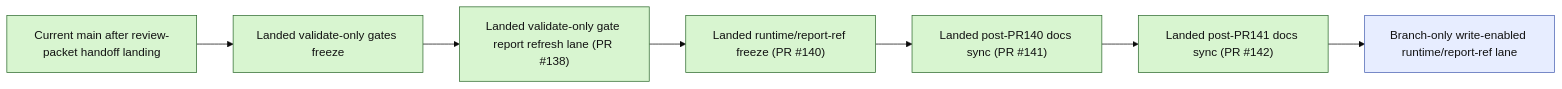
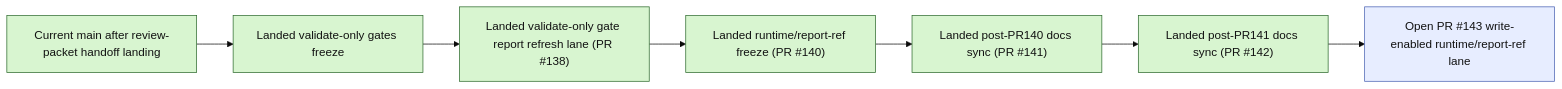
The second of 2 diagrams in next_milestone_plans/layer3_progress_board.md (benjmcd/project6_REPO_MCP_FOLDER), drawn with Mermaid (base theme) before and after one commit. The commit also changed other lines of this file and 8 other files, not shown here.

Commit message:
docs(layer3): mark validate-only runtime lane open

````diff
--- a/next_milestone_plans/layer3_progress_board.md
+++ b/next_milestone_plans/layer3_progress_board.md
@@ -195,16 +197,16 @@
 ```mermaid
 flowchart LR
     A["Current main after review-packet handoff landing"] --> B["Landed validate-only gates freeze"]
     B --> C["Landed validate-only gate report refresh lane (PR #138)"]
     C --> D["Landed runtime/report-ref freeze (PR #140)"]
     D --> E["Landed post-PR140 docs sync (PR #141)"]
     E --> F["Landed post-PR141 docs sync (PR #142)"]
-    F --> G["Branch-only write-enabled runtime/report-ref lane"]
+    F --> G["Open PR #143 write-enabled runtime/report-ref lane"]
 
     classDef done fill:#d8f5d0,stroke:#2f6b2f,color:#111;
     classDef next fill:#e7edff,stroke:#4b63b3,color:#111;
     classDef future fill:#e8e8e8,stroke:#666,color:#111;
 
     class A,B,C,D,E,F done;
     class G next;
 ```
````
